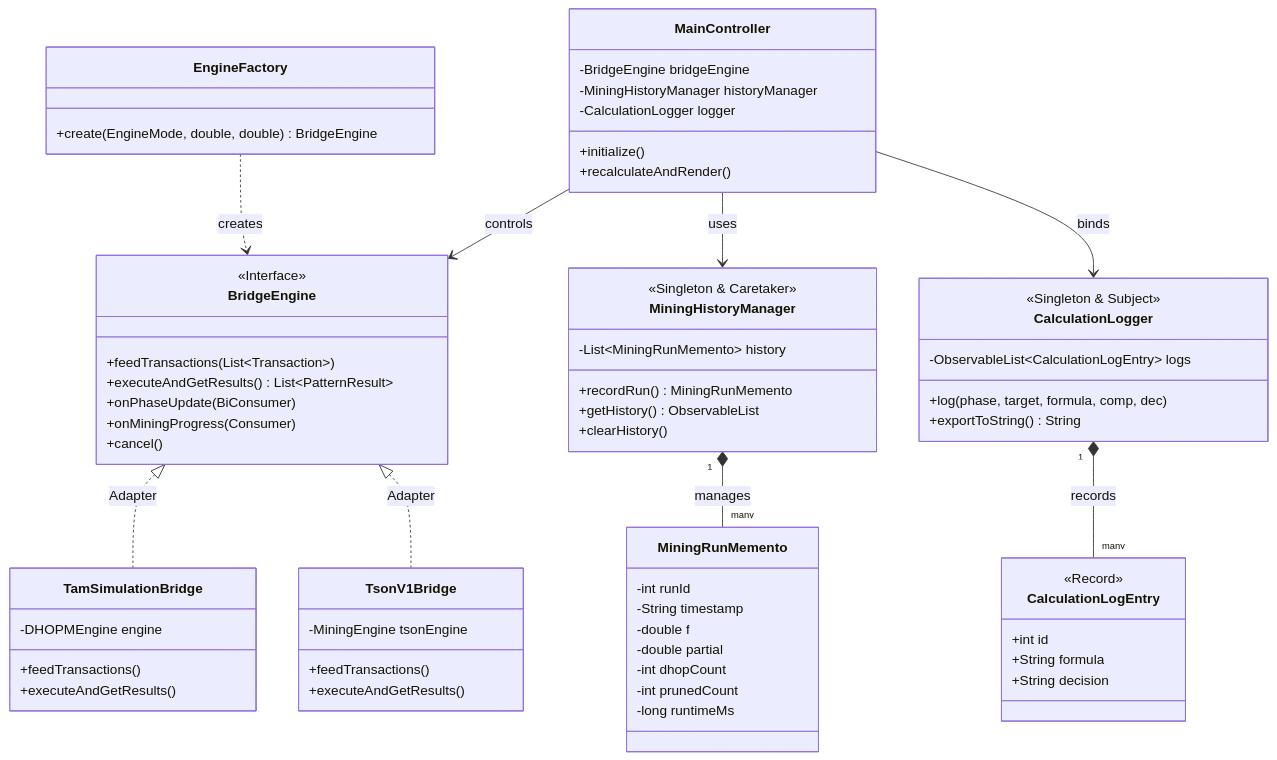
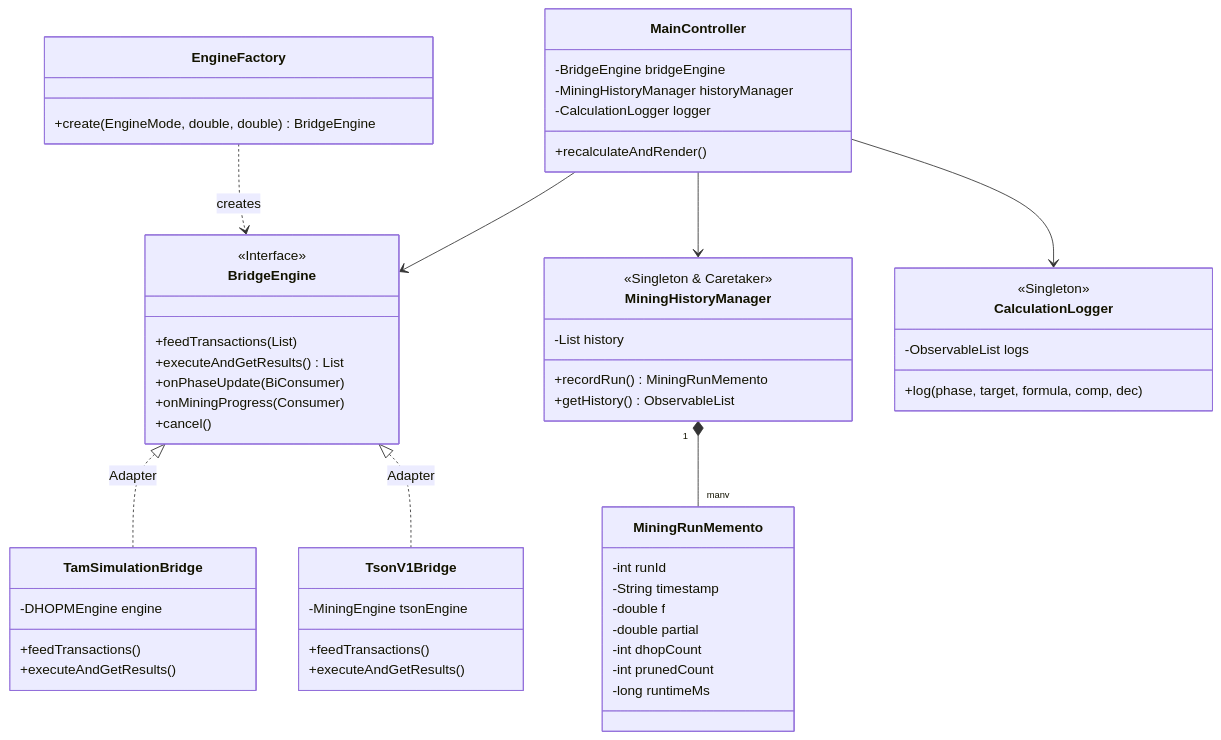
Before and after one commit to 2312741-sudo/javanc: the first of 2 diagrams in docs/BAO_CAO_DE_TAI_DHOPM.md, drawn with Mermaid. The commit also changed other lines of this file and 2 other files, not shown here.

````diff
--- a/docs/BAO_CAO_DE_TAI_DHOPM.md
+++ b/docs/BAO_CAO_DE_TAI_DHOPM.md
@@ -192,11 +560,10 @@
 classDiagram
     direction TB
 
-    %% BRIDGE & ADAPTER
     class BridgeEngine {
         <<Interface>>
-        +feedTransactions(List~Transaction~)
-        +executeAndGetResults() List~PatternResult~
+        +feedTransactions(List)
+        +executeAndGetResults() List
         +onPhaseUpdate(BiConsumer)
         +onMiningProgress(Consumer)
         +cancel()
@@ -217,13 +584,11 @@
     BridgeEngine <|.. TamSimulationBridge : Adapter
     BridgeEngine <|.. TsonV1Bridge : Adapter
 
-    %% FACTORY
     class EngineFactory {
         +create(EngineMode, double, double) BridgeEngine
     }
     EngineFactory ..> BridgeEngine : creates
 
-    %% MEMENTO
     class MiningRunMemento {
         -int runId
         -String timestamp
@@ -236,38 +601,26 @@
 
     class MiningHistoryManager {
         <<Singleton & Caretaker>>
-        -List~MiningRunMemento~ history
+        -List history
         +recordRun() MiningRunMemento
         +getHistory() ObservableList
-        +clearHistory()
     }
-    MiningHistoryManager "1" *-- "many" MiningRunMemento : manages
+    MiningHistoryManager "1" *-- "many" MiningRunMemento
 
-    %% SINGLETON LOGGER
     class CalculationLogger {
-        <<Singleton & Subject>>
-        -ObservableList~CalculationLogEntry~ logs
+        <<Singleton>>
+        -ObservableList logs
         +log(phase, target, formula, comp, dec)
-        +exportToString() String
     }
-    class CalculationLogEntry {
-        <<Record>>
-        +int id
-        +String formula
-        +String decision
-    }
-    CalculationLogger "1" *-- "many" CalculationLogEntry : records
 
-    %% CONTROLLER
     class MainController {
         -BridgeEngine bridgeEngine
         -MiningHistoryManager historyManager
         -CalculationLogger logger
-        +initialize()
         +recalculateAndRender()
     }
 
-    MainController --> BridgeEngine : controls
-    MainController --> MiningHistoryManager : uses
-    MainController --> CalculationLogger : binds
+    MainController --> BridgeEngine
+    MainController --> MiningHistoryManager
+    MainController --> CalculationLogger
 ```
````
